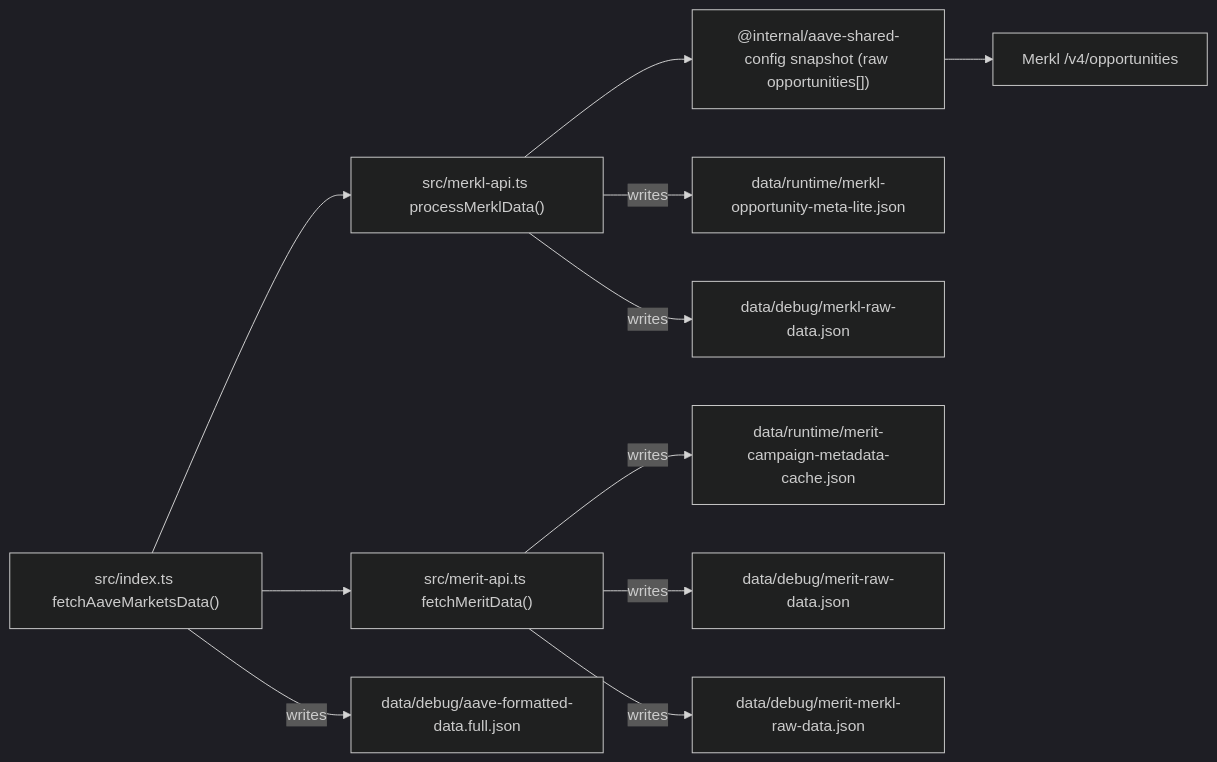
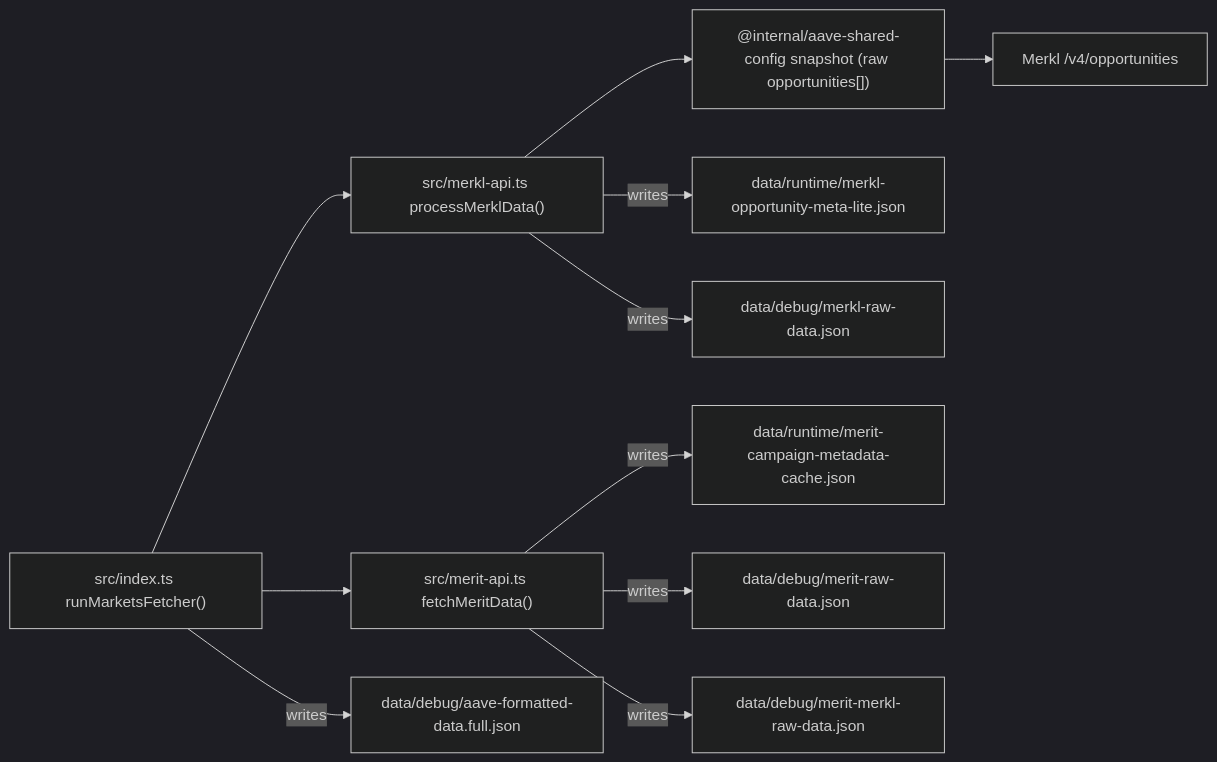
Before and after one commit to 0xPabloLI/aave-protocol-analysis: the second of 5 diagrams in docs/merkl-merit-cache-architecture.md, drawn with Mermaid (dark theme). The commit also changed other lines of this file and 4 other files, not shown here.

````diff
--- a/docs/merkl-merit-cache-architecture.md
+++ b/docs/merkl-merit-cache-architecture.md
@@ -61,13 +61,13 @@
 ```mermaid
 flowchart LR
-  A["src/index.ts fetchAaveMarketsData()"] --> B["src/merkl-api.ts processMerklData()"]
+  A["src/index.ts runMarketsFetcher()"] --> B["src/merkl-api.ts processMerklData()"]
   B --> C["@internal/aave-shared-config snapshot (raw opportunities[])"]
   C --> D["Merkl /v4/opportunities"]
   B -- "writes" --> E["data/runtime/merkl-opportunity-meta-lite.json"]
   B -- "writes" --> F["data/debug/merkl-raw-data.json"]
   A --> G["src/merit-api.ts fetchMeritData()"]
   G -- "writes" --> H["data/runtime/merit-campaign-metadata-cache.json"]
   G -- "writes" --> I["data/debug/merit-raw-data.json"]
   G -- "writes" --> J["data/debug/merit-merkl-raw-data.json"]
    A -- "writes" --> K["data/debug/aave-formatted-data.full.json"]
 ```
````
